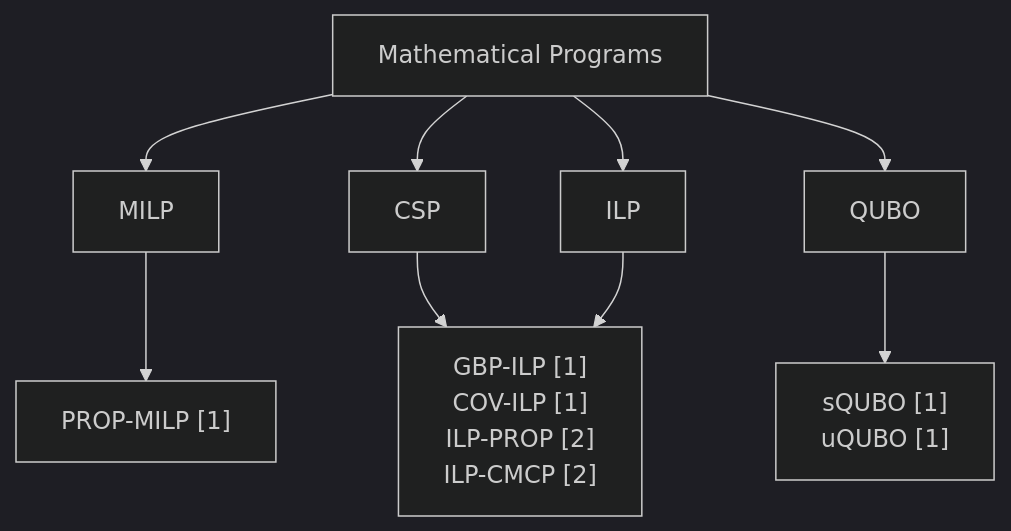
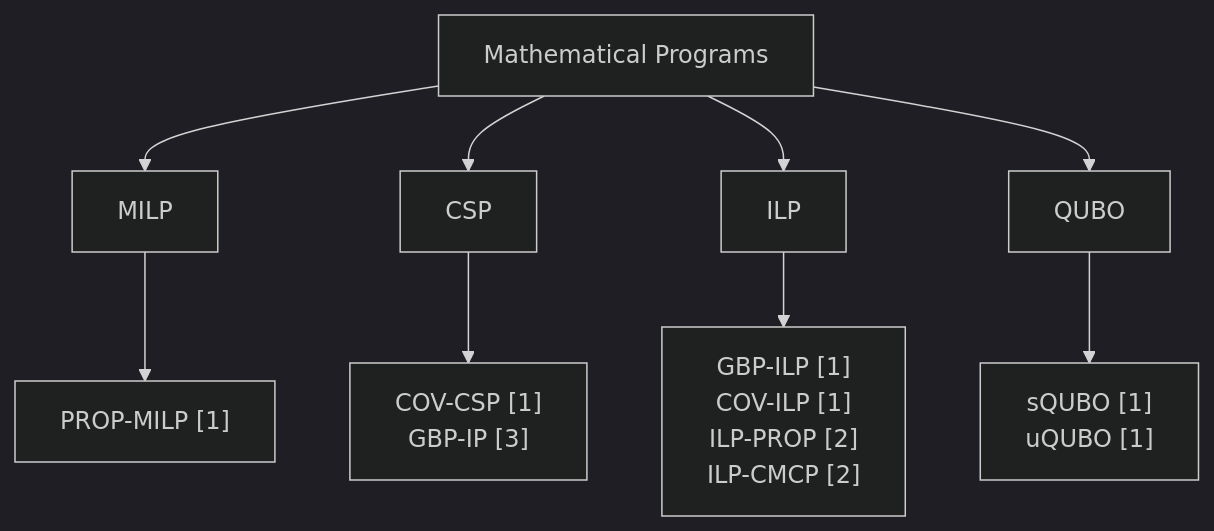
One commit to NodesOnFire/GBP-MPs changed the diagram in README.md. Above: the diagram before and after it, drawn with Mermaid (dark theme).

````diff
--- a/README.md
+++ b/README.md
@@ -4,16 +4,16 @@
 ```mermaid
 graph TD;
     MP["Mathematical Programs"] --> MILP;
     MP["Mathematical Programs"] --> CSP;
     MP["Mathematical Programs"] --> ILP;
     MP["Mathematical Programs"] --> QUBO;
     MILP --> a["PROP-MILP [1]"];
     CSP --> b["COV-CSP [1]
                GBP-IP [3]"];
-    ILP --> b["GBP-ILP [1]
+    ILP --> c["GBP-ILP [1]
                COV-ILP [1]
                ILP-PROP [2]
                ILP-CMCP [2]"];
-    QUBO --> c["sQUBO [1]
+    QUBO --> d["sQUBO [1]
                 uQUBO [1]"];
 ```
````
